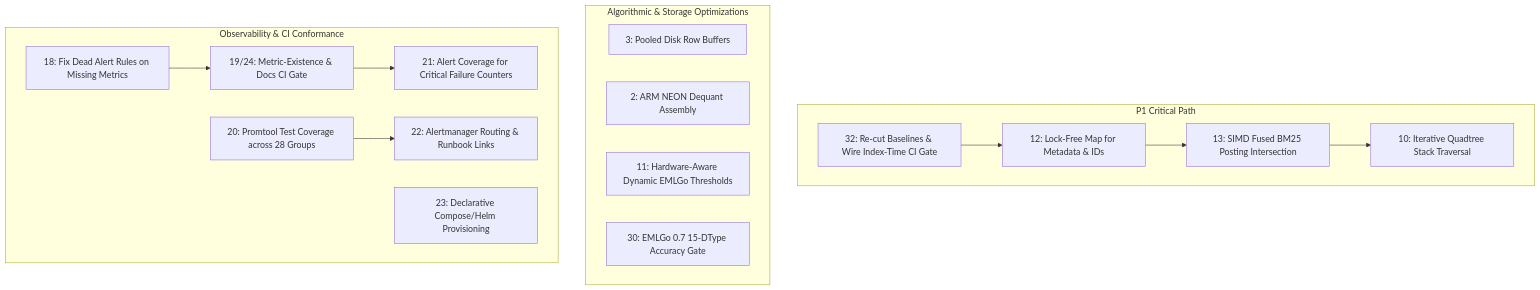
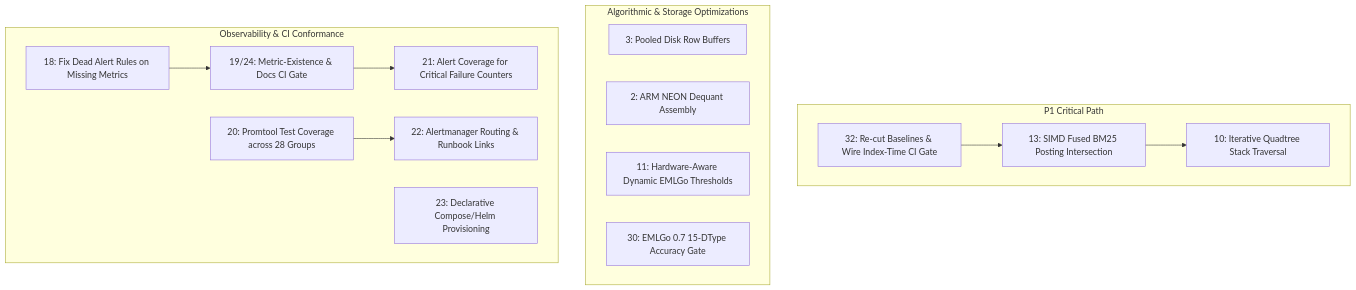
The diagram in docs/roadmap.md (23skdu/longbow), drawn with Mermaid before and after one commit. The commit also changed other lines of this file, not shown here.

Commit message:
docs(roadmap): mark Item 12 completed in roadmap

````diff
--- a/docs/roadmap.md
+++ b/docs/roadmap.md
@@ -17,30 +16,28 @@
 ```mermaid
 graph TD
     subgraph P1["P1 Critical Path"]
         I32["32: Re-cut Baselines & Wire Index-Time CI Gate"]
-        I12["12: Lock-Free Map for Metadata & IDs"]
         I13["13: SIMD Fused BM25 Posting Intersection"]
         I10["10: Iterative Quadtree Stack Traversal"]
     end
     subgraph P2["Algorithmic & Storage Optimizations"]
         I3["3: Pooled Disk Row Buffers"]
         I2["2: ARM NEON Dequant Assembly"]
         I11["11: Hardware-Aware Dynamic EMLGo Thresholds"]
         I30["30: EMLGo 0.7 15-DType Accuracy Gate"]
     end
     subgraph P3["Observability & CI Conformance"]
         I18["18: Fix Dead Alert Rules on Missing Metrics"]
         I19["19/24: Metric-Existence & Docs CI Gate"]
         I21["21: Alert Coverage for Critical Failure Counters"]
         I20["20: Promtool Test Coverage across 28 Groups"]
         I22["22: Alertmanager Routing & Runbook Links"]
         I23["23: Declarative Compose/Helm Provisioning"]
     end
 
-    I32 --> I12
-    I12 --> I13
+    I32 --> I13
     I13 --> I10
     I18 --> I19
     I19 --> I21
     I20 --> I22
 ```
````
